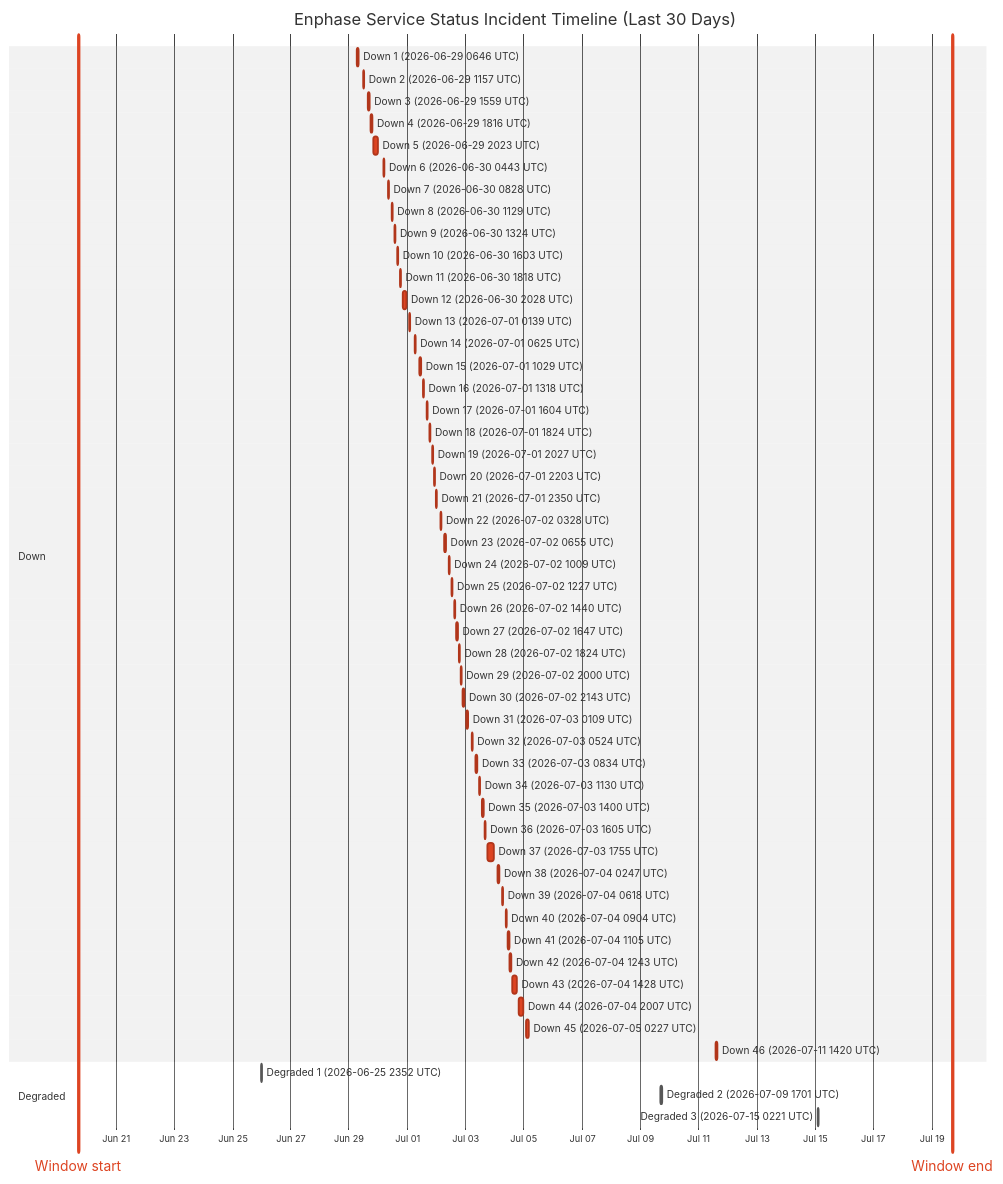
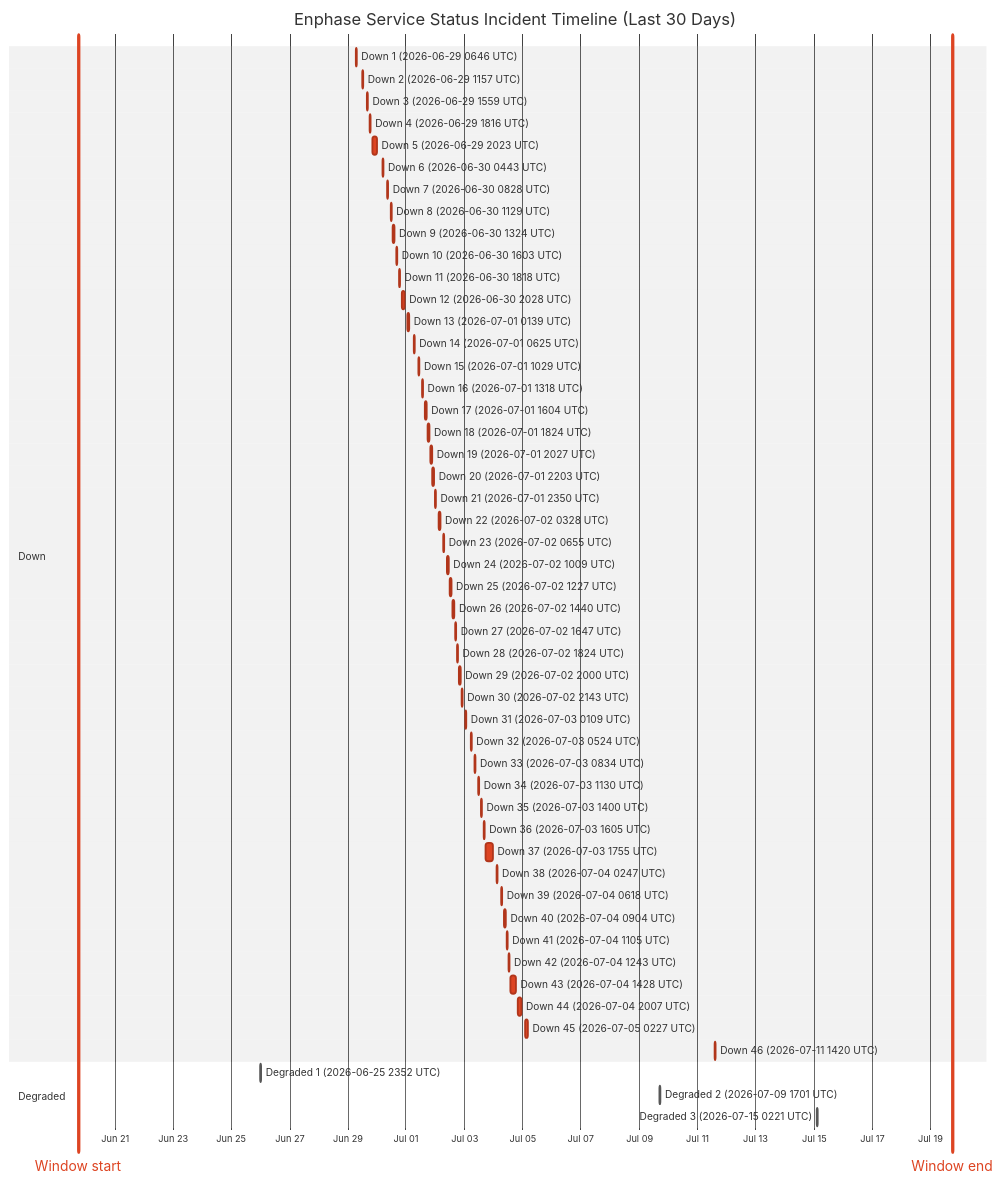
One commit to barneyonline/ha-enphase-energy changed the diagram in wiki/Service-Status-History.md. Above: the diagram before and after it, drawn with Mermaid (neutral theme). The commit also changed other lines of this file and 3 other files, not shown here.

````diff
--- a/wiki/Service-Status-History.md
+++ b/wiki/Service-Status-History.md
@@ -14,59 +14,59 @@
 ```mermaid
 gantt
     title Enphase Service Status Incident Timeline (Last 30 Days)
     dateFormat  YYYY-MM-DDTHH:mm:ss
     axisFormat  %b %d
-    Window start :vert, window-start, 2026-06-19T16:59:14, 0ms
-    Window end :vert, window-end, 2026-07-19T16:59:14, 0ms
+    Window start :vert, window-start, 2026-06-19T18:02:01, 0ms
+    Window end :vert, window-end, 2026-07-19T18:02:01, 0ms
     section Down
     Down 1 (2026-06-29 0646 UTC) :crit, down-1, 2026-06-29T06:46:18, 60m
     Down 2 (2026-06-29 1157 UTC) :crit, down-2, 2026-06-29T11:57:36, 60m
     Down 3 (2026-06-29 1559 UTC) :crit, down-3, 2026-06-29T15:59:02, 60m
     Down 4 (2026-06-29 1816 UTC) :crit, down-4, 2026-06-29T18:16:38, 60m
     Down 5 (2026-06-29 2023 UTC) :crit, down-5, 2026-06-29T20:23:16, 220m
     Down 6 (2026-06-30 0443 UTC) :crit, down-6, 2026-06-30T04:43:54, 60m
     Down 7 (2026-06-30 0828 UTC) :crit, down-7, 2026-06-30T08:28:43, 60m
     Down 8 (2026-06-30 1129 UTC) :crit, down-8, 2026-06-30T11:29:15, 60m
     Down 9 (2026-06-30 1324 UTC) :crit, down-9, 2026-06-30T13:24:25, 60m
     Down 10 (2026-06-30 1603 UTC) :crit, down-10, 2026-06-30T16:03:26, 60m
     Down 11 (2026-06-30 1818 UTC) :crit, down-11, 2026-06-30T18:18:39, 60m
     Down 12 (2026-06-30 2028 UTC) :crit, down-12, 2026-06-30T20:28:54, 171m
     Down 13 (2026-07-01 0139 UTC) :crit, down-13, 2026-07-01T01:39:18, 60m
     Down 14 (2026-07-01 0625 UTC) :crit, down-14, 2026-07-01T06:25:35, 60m
     Down 15 (2026-07-01 1029 UTC) :crit, down-15, 2026-07-01T10:29:24, 60m
     Down 16 (2026-07-01 1318 UTC) :crit, down-16, 2026-07-01T13:18:31, 60m
     Down 17 (2026-07-01 1604 UTC) :crit, down-17, 2026-07-01T16:04:29, 60m
     Down 18 (2026-07-01 1824 UTC) :crit, down-18, 2026-07-01T18:24:21, 60m
     Down 19 (2026-07-01 2027 UTC) :crit, down-19, 2026-07-01T20:27:17, 60m
     Down 20 (2026-07-01 2203 UTC) :crit, down-20, 2026-07-01T22:03:46, 60m
     Down 21 (2026-07-01 2350 UTC) :crit, down-21, 2026-07-01T23:50:52, 60m
     Down 22 (2026-07-02 0328 UTC) :crit, down-22, 2026-07-02T03:28:33, 60m
     Down 23 (2026-07-02 0655 UTC) :crit, down-23, 2026-07-02T06:55:07, 60m
     Down 24 (2026-07-02 1009 UTC) :crit, down-24, 2026-07-02T10:09:15, 60m
     Down 25 (2026-07-02 1227 UTC) :crit, down-25, 2026-07-02T12:27:49, 60m
     Down 26 (2026-07-02 1440 UTC) :crit, down-26, 2026-07-02T14:40:53, 60m
     Down 27 (2026-07-02 1647 UTC) :crit, down-27, 2026-07-02T16:47:47, 60m
     Down 28 (2026-07-02 1824 UTC) :crit, down-28, 2026-07-02T18:24:26, 60m
     Down 29 (2026-07-02 2000 UTC) :crit, down-29, 2026-07-02T20:00:57, 60m
     Down 30 (2026-07-02 2143 UTC) :crit, down-30, 2026-07-02T21:43:52, 80m
     Down 31 (2026-07-03 0109 UTC) :crit, down-31, 2026-07-03T01:09:19, 60m
     Down 32 (2026-07-03 0524 UTC) :crit, down-32, 2026-07-03T05:24:23, 60m
     Down 33 (2026-07-03 0834 UTC) :crit, down-33, 2026-07-03T08:34:05, 60m
     Down 34 (2026-07-03 1130 UTC) :crit, down-34, 2026-07-03T11:30:41, 60m
     Down 35 (2026-07-03 1400 UTC) :crit, down-35, 2026-07-03T14:00:48, 60m
     Down 36 (2026-07-03 1605 UTC) :crit, down-36, 2026-07-03T16:05:49, 60m
     Down 37 (2026-07-03 1755 UTC) :crit, down-37, 2026-07-03T17:55:54, 338m
     Down 38 (2026-07-04 0247 UTC) :crit, down-38, 2026-07-04T02:47:22, 60m
     Down 39 (2026-07-04 0618 UTC) :crit, down-39, 2026-07-04T06:18:09, 60m
     Down 40 (2026-07-04 0904 UTC) :crit, down-40, 2026-07-04T09:04:41, 60m
     Down 41 (2026-07-04 1105 UTC) :crit, down-41, 2026-07-04T11:05:21, 60m
     Down 42 (2026-07-04 1243 UTC) :crit, down-42, 2026-07-04T12:43:25, 60m
     Down 43 (2026-07-04 1428 UTC) :crit, down-43, 2026-07-04T14:28:07, 243m
     Down 44 (2026-07-04 2007 UTC) :crit, down-44, 2026-07-04T20:07:50, 206m
     Down 45 (2026-07-05 0227 UTC) :crit, down-45, 2026-07-05T02:27:32, 109m
     Down 46 (2026-07-11 1420 UTC) :crit, down-46, 2026-07-11T14:20:54, 69m
     section Degraded
     Degraded 1 (2026-06-25 2352 UTC) :active, degraded-1, 2026-06-25T23:52:01, 60m
     Degraded 2 (2026-07-09 1701 UTC) :active, degraded-2, 2026-07-09T17:01:02, 60m
     Degraded 3 (2026-07-15 0221 UTC) :active, degraded-3, 2026-07-15T02:21:35, 60m
 ```
````
